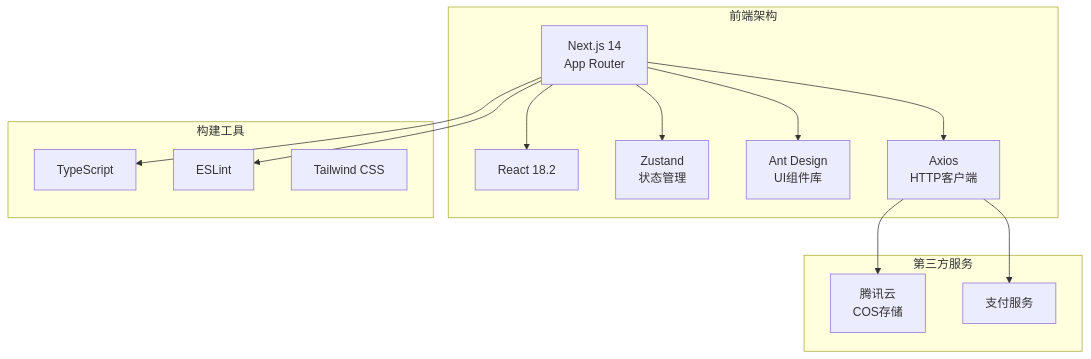
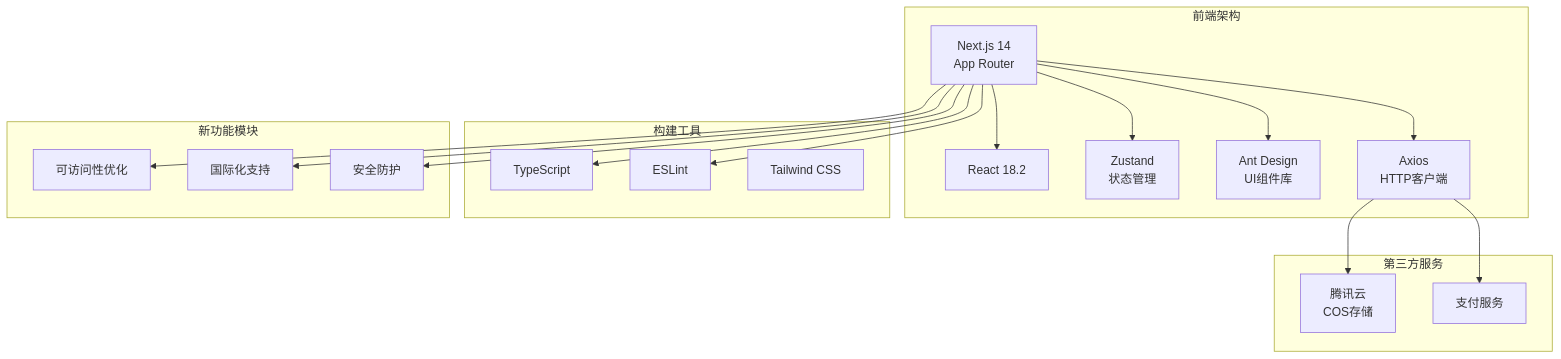
Before and after one commit to lpding888/4.0: the first of 11 diagrams in .qoder/repowiki/zh/content/前端架构/前端架构.md, drawn with Mermaid. The commit also changed other lines of this file and 7 other files, not shown here.

````diff
--- a/.qoder/repowiki/zh/content/前端架构/前端架构.md
+++ b/.qoder/repowiki/zh/content/前端架构/前端架构.md
@@ -45,27 +65,35 @@
 ```mermaid
 graph TB
 subgraph "前端架构"
 NextJS[Next.js 14<br/>App Router]
 React[React 18.2]
 Zustand[Zustand<br/>状态管理]
 AntD[Ant Design<br/>UI组件库]
 Axios[Axios<br/>HTTP客户端]
 end
 subgraph "构建工具"
 TS[TypeScript]
 ESLint[ESLint]
 TailwindCSS[Tailwind CSS]
 end
 subgraph "第三方服务"
 TencentCloud[腾讯云<br/>COS存储]
 Payment[支付服务]
 end
+subgraph "新功能模块"
+A11y[可访问性优化]
+I18n[国际化支持]
+Security[安全防护]
+end
 NextJS --> React
 NextJS --> Zustand
 NextJS --> AntD
 NextJS --> Axios
 NextJS --> TS
 NextJS --> ESLint
 Axios --> TencentCloud
 Axios --> Payment
+NextJS --> A11y
+NextJS --> I18n
+NextJS --> Security
 ```
````
